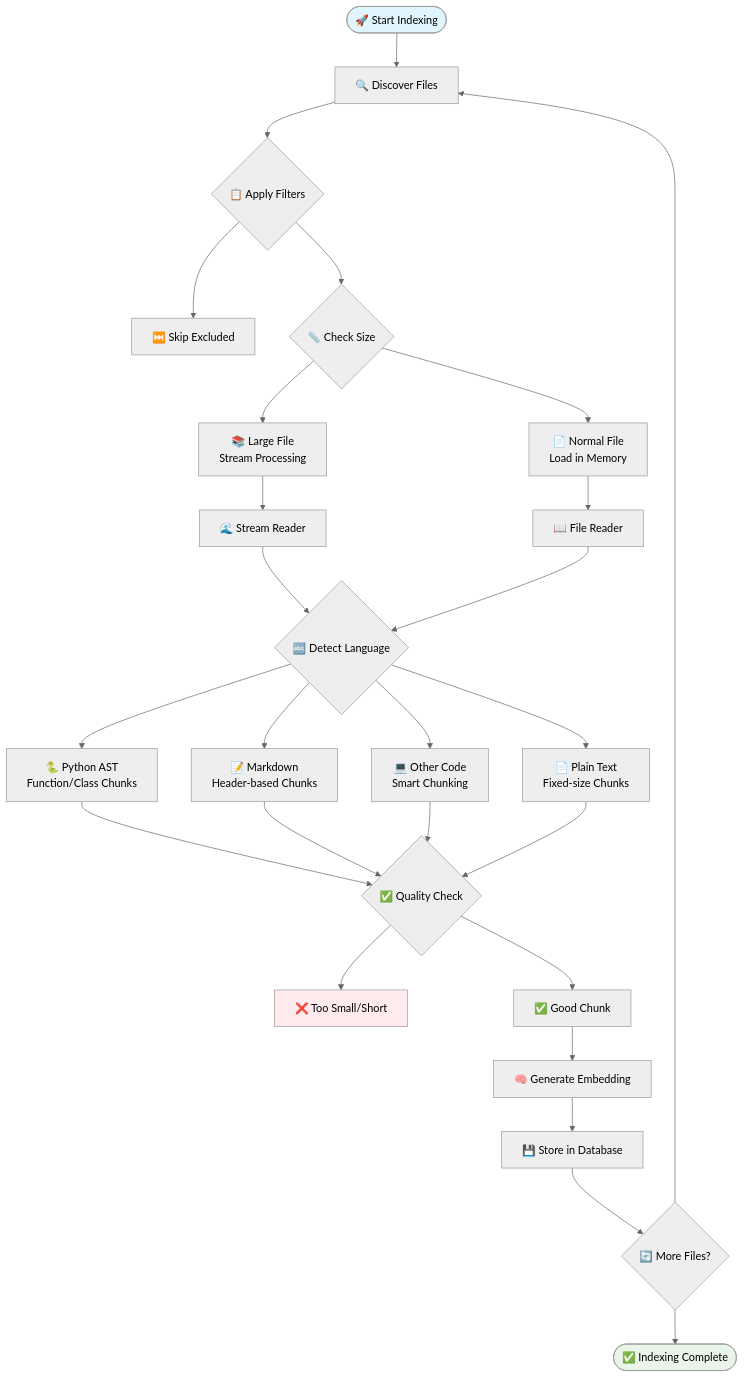
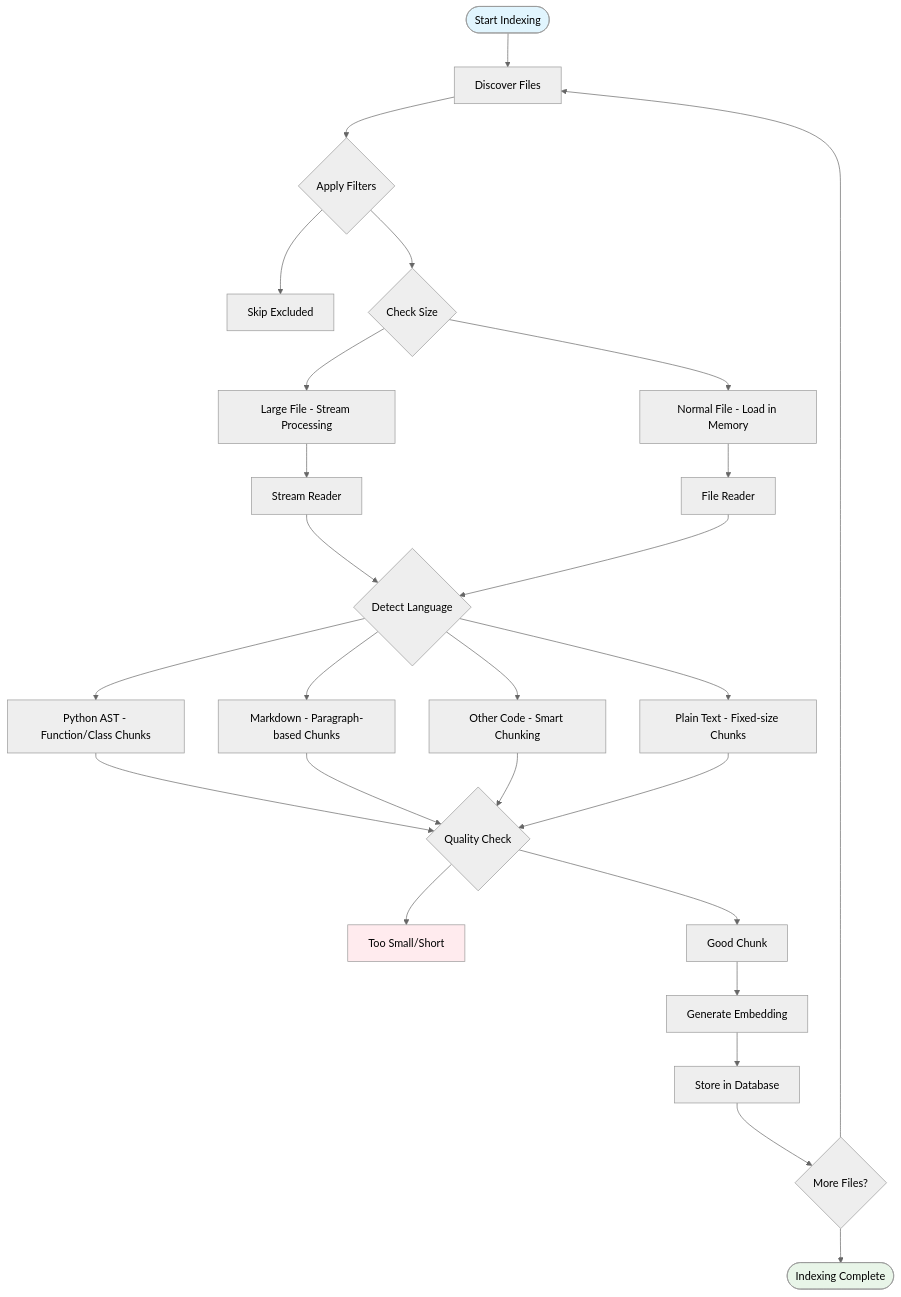
One commit to FSSCoding/Fss-Mini-Rag changed the third of 9 diagrams in docs/DIAGRAMS.md. Above: the diagram before and after it, drawn with Mermaid (neutral theme). The commit also changed other lines of this file and 17 other files, not shown here.

````diff
--- a/docs/DIAGRAMS.md
+++ b/docs/DIAGRAMS.md
@@ -94,41 +93,41 @@
 ```mermaid
 flowchart TD
-    Start([🚀 Start Indexing]) --> Discover[🔍 Discover Files]
-    
-    Discover --> Filter{📋 Apply Filters}
-    Filter --> Skip[⏭️ Skip Excluded]
-    Filter --> Check{📏 Check Size}
-    
-    Check --> Large[📚 Large File<br/>Stream Processing]
-    Check --> Small[📄 Normal File<br/>Load in Memory]
-    
-    Large --> Stream[🌊 Stream Reader]
-    Small --> Read[📖 File Reader]
-    
-    Stream --> Language{🔤 Detect Language}
+    Start([Start Indexing]) --> Discover[Discover Files]
+
+    Discover --> Filter{Apply Filters}
+    Filter --> Skip[Skip Excluded]
+    Filter --> Check{Check Size}
+
+    Check --> Large[Large File - Stream Processing]
+    Check --> Small[Normal File - Load in Memory]
+
+    Large --> Stream[Stream Reader]
+    Small --> Read[File Reader]
+
+    Stream --> Language{Detect Language}
     Read --> Language
-    
-    Language --> Python[🐍 Python AST<br/>Function/Class Chunks]
-    Language --> Markdown[📝 Markdown<br/>Header-based Chunks]
-    Language --> Code[💻 Other Code<br/>Smart Chunking]
-    Language --> Text[📄 Plain Text<br/>Fixed-size Chunks]
-    
-    Python --> Validate{✅ Quality Check}
+
+    Language --> Python[Python AST - Function/Class Chunks]
+    Language --> Markdown[Markdown - Paragraph-based Chunks]
+    Language --> Code[Other Code - Smart Chunking]
+    Language --> Text[Plain Text - Fixed-size Chunks]
+
+    Python --> Validate{Quality Check}
     Markdown --> Validate
     Code --> Validate
     Text --> Validate
-    
-    Validate --> Reject[❌ Too Small/Short]
-    Validate --> Accept[✅ Good Chunk]
-    
-    Accept --> Embed[🧠 Generate Embedding]
-    Embed --> Store[💾 Store in Database]
-    
-    Store --> More{🔄 More Files?}
+
+    Validate --> Reject[Too Small/Short]
+    Validate --> Accept[Good Chunk]
+
+    Accept --> Embed[Generate Embedding]
+    Embed --> Store[Store in Database]
+
+    Store --> More{More Files?}
     More --> Discover
-    More --> Done([✅ Indexing Complete])
-    
+    More --> Done([Indexing Complete])
+
     style Start fill:#e1f5fe
     style Done fill:#e8f5e8
     style Reject fill:#ffebee
 ```
````
